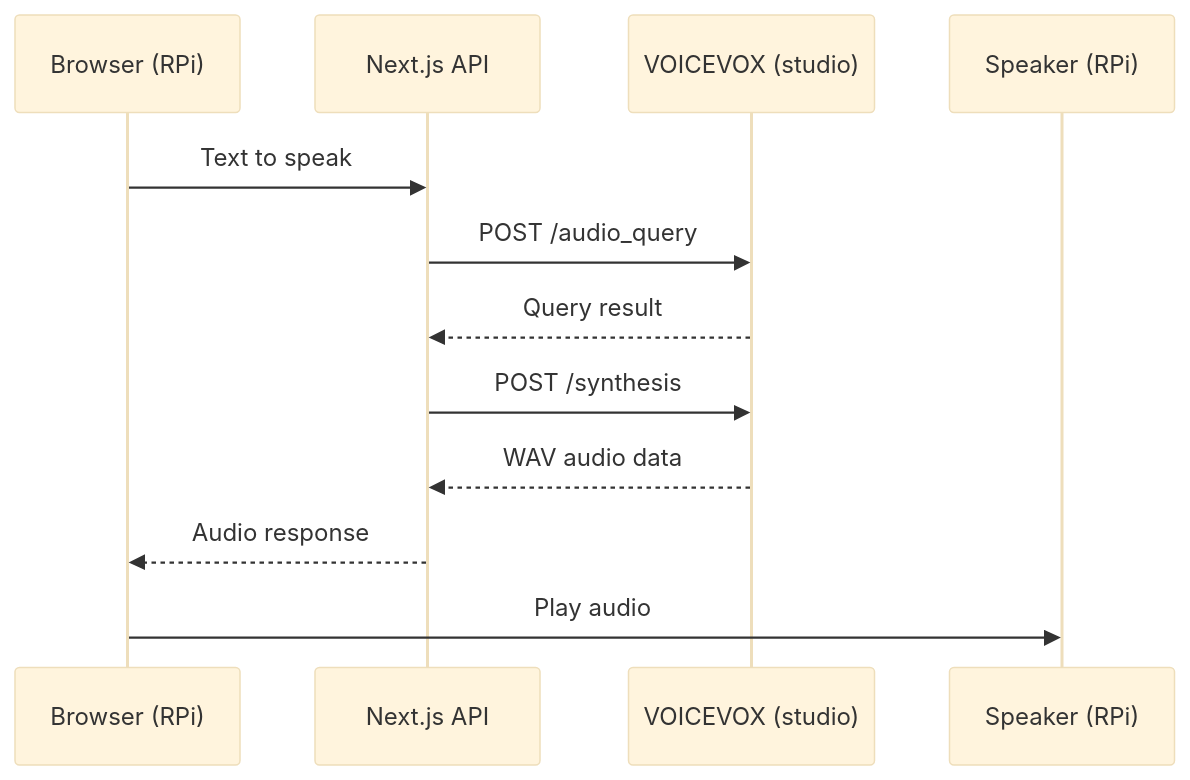
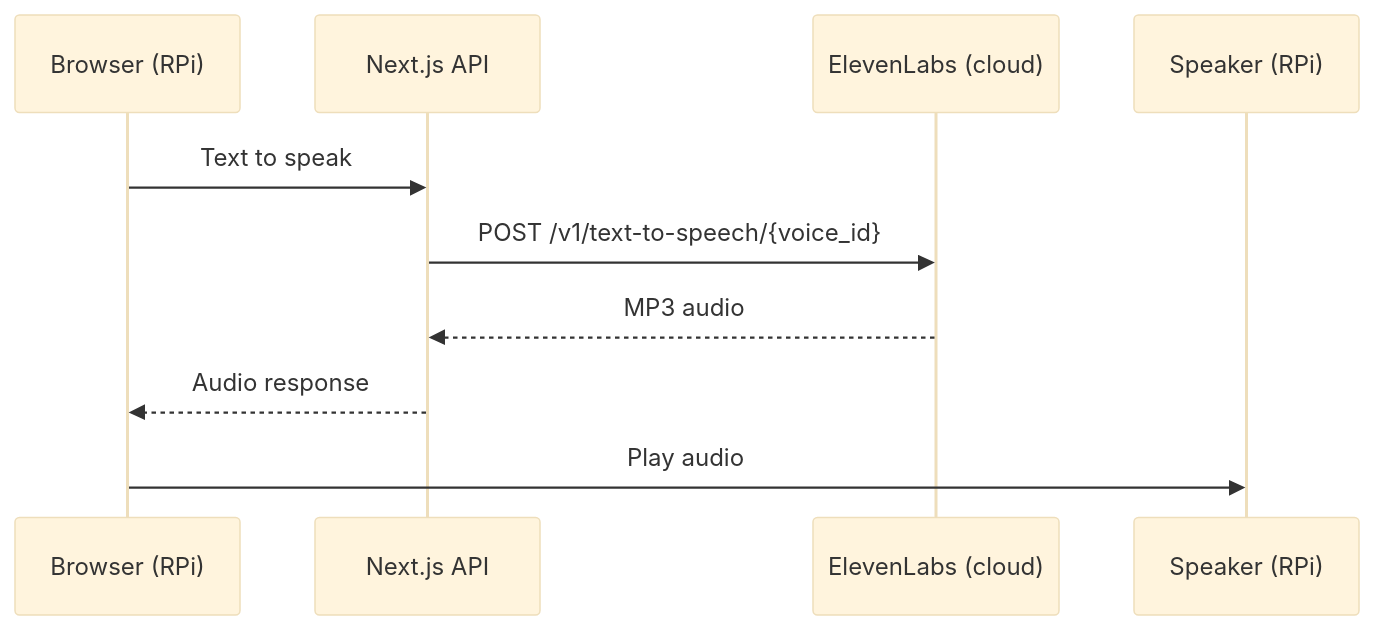
Before and after one commit to barrax63/mirrormate: the second of 3 diagrams in docs/guide/recommended-setup.md, drawn with Mermaid (base theme). The commit also changed other lines of this file and 43 other files, not shown here.

First line of the commit message:
feat: remove VOICEVOX, and pick from the account's ElevenLabs voices (#16)

````diff
--- a/docs/guide/recommended-setup.md
+++ b/docs/guide/recommended-setup.md
@@ -238,15 +232,13 @@
 ```mermaid
 sequenceDiagram
     participant Browser as Browser (RPi)
     participant API as Next.js API
-    participant VV as VOICEVOX (studio)
+    participant EL as ElevenLabs (cloud)
     participant Speaker as Speaker (RPi)
 
     Browser->>API: Text to speak
-    API->>VV: POST /audio_query
-    VV-->>API: Query result
-    API->>VV: POST /synthesis
-    VV-->>API: WAV audio data
+    API->>EL: POST /v1/text-to-speech/{voice_id}
+    EL-->>API: MP3 audio
     API-->>Browser: Audio response
     Browser->>Speaker: Play audio
 ```
````
